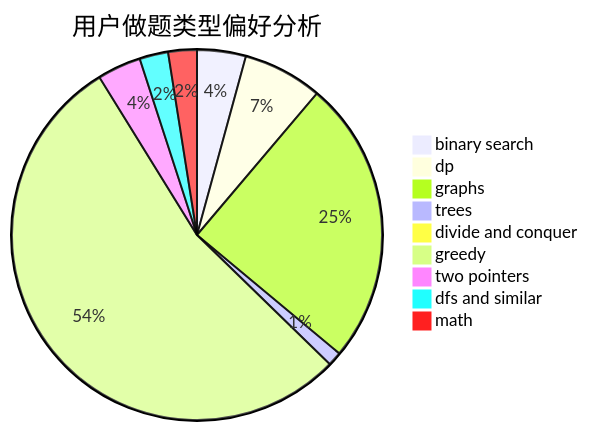
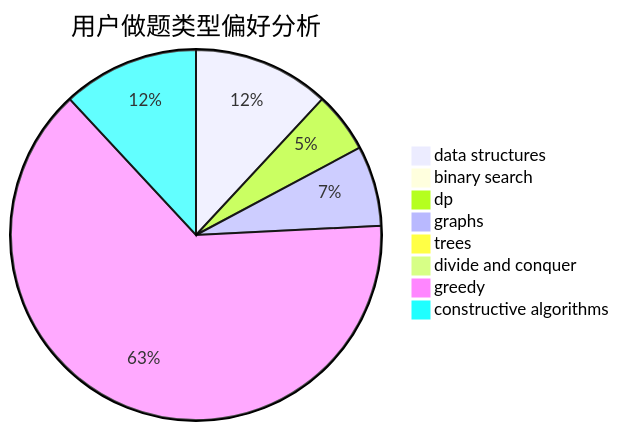
The second of 3 diagrams in docs/user/u1548.md (sherpahu/cfrs.github.io), drawn with Mermaid before and after one commit. The commit also changed other lines of this file and 2775 other files, not shown here.

````diff
--- a/docs/user/u1548.md
+++ b/docs/user/u1548.md
@@ -23,12 +23,11 @@
 ```mermaid
 pie title 用户做题类型偏好分析
-    "binary search" :  97
-    "dp" :  158
-    "graphs" :  567
-    "trees" :  28
+    "data structures" :  124
+    "binary search" :  10
+    "dp" :  55
+    "graphs" :  73
+    "trees" :  10
     "divide and conquer" :  3
-    "greedy" :  1229
-    "two pointers" :  87
-    "dfs and similar" :  57
-    "math" :  57
+    "greedy" :  665
+    "constructive algorithms" :  124
 ```
````
